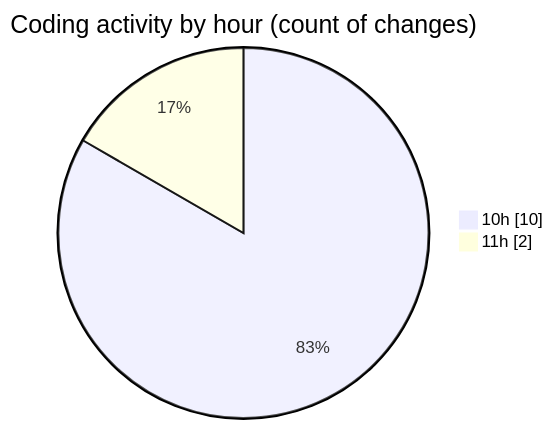
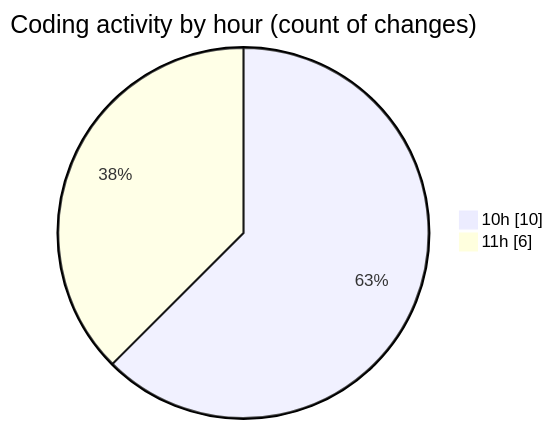
The second of 2 diagrams in 2025-07-29/nxtqube_webapp/README.md (nxtqubesakshisongat/code-tracking), drawn with Mermaid before and after one commit. The commit also changed other lines of this file and 1 other file, not shown here.

````diff
--- a/2025-07-29/nxtqube_webapp/README.md
+++ b/2025-07-29/nxtqube_webapp/README.md
@@ -30,6 +30,6 @@
 ```mermaid
 pie showData
 title Coding activity by hour (count of changes)
 "10h" : 10
-"11h" : 2
+"11h" : 6
 ```
````
